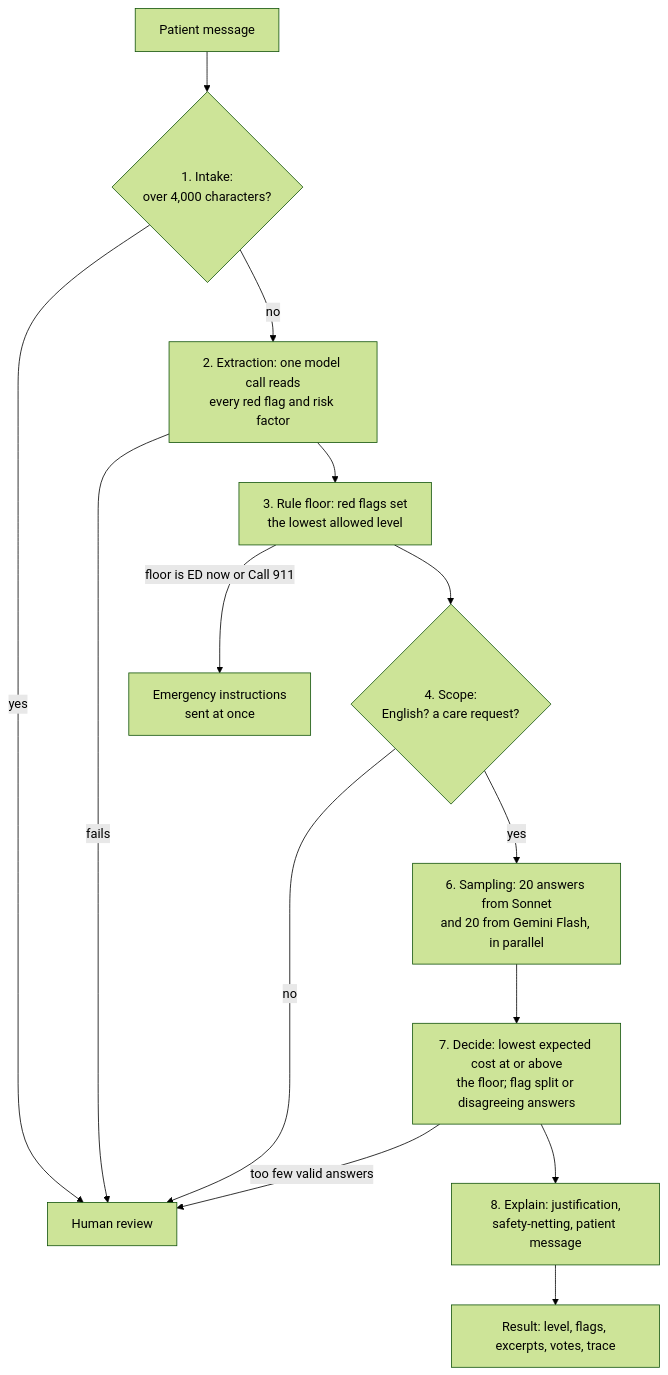
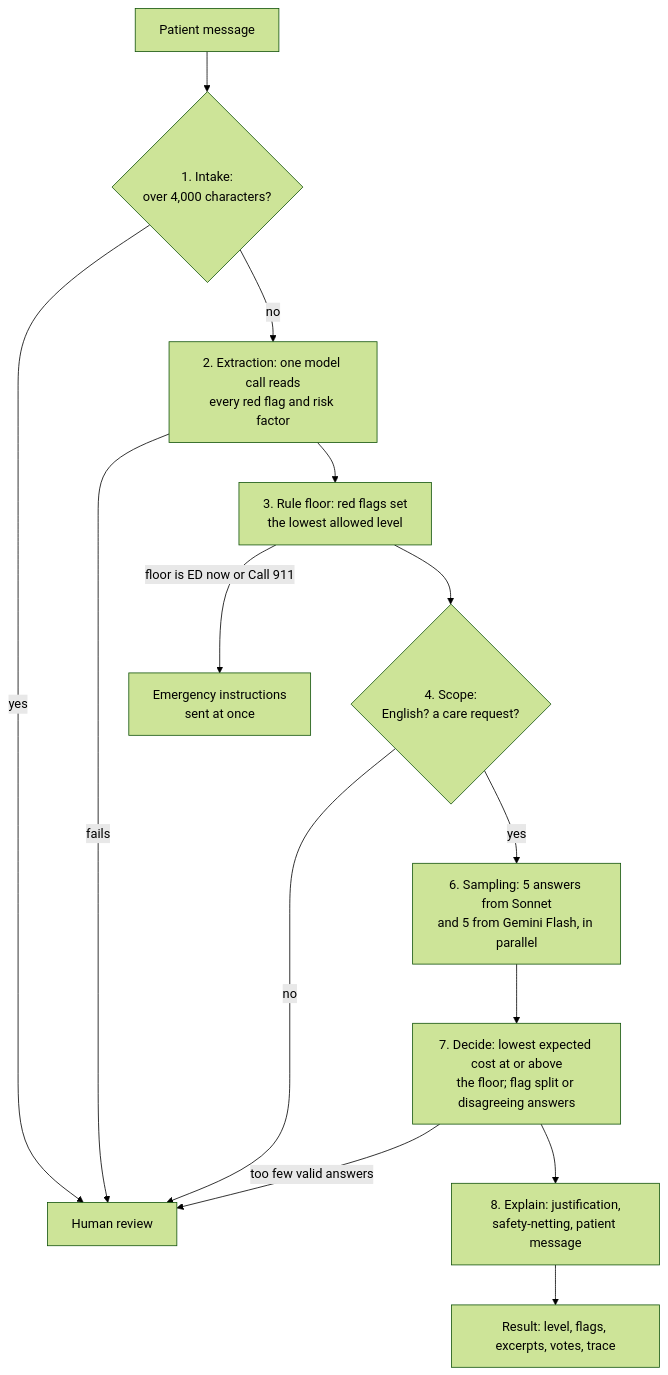
One commit to rsingla92/counsel-disposition-agent changed the diagram in README.md. Above: the diagram before and after it, drawn with Mermaid (forest theme). The commit also changed 11 other files, not shown here.

````diff
--- a/README.md
+++ b/README.md
@@ -24,16 +24,16 @@
 ```mermaid
 flowchart TD
   A["Patient message"] --> B{"1. Intake:<br/>over 4,000 characters?"}
   B -- yes --> HR["Human review"]
   B -- no --> C["2. Extraction: one model call reads<br/>every red flag and risk factor"]
   C -- fails --> HR
   C --> D["3. Rule floor: red flags set<br/>the lowest allowed level"]
   D -- floor is ED now or Call 911 --> E["Emergency instructions<br/>sent at once"]
   D --> F{"4. Scope:<br/>English? a care request?"}
   F -- no --> HR
-  F -- yes --> G["6. Sampling: 20 answers from Sonnet<br/>and 20 from Gemini Flash, in parallel"]
+  F -- yes --> G["6. Sampling: 5 answers from Sonnet<br/>and 5 from Gemini Flash, in parallel"]
   G --> H["7. Decide: lowest expected cost at or above<br/>the floor; flag split or disagreeing answers"]
   H -- too few valid answers --> HR
   H --> I["8. Explain: justification,<br/>safety-netting, patient message"]
   I --> R["Result: level, flags, excerpts, votes, trace"]
 ```
````
